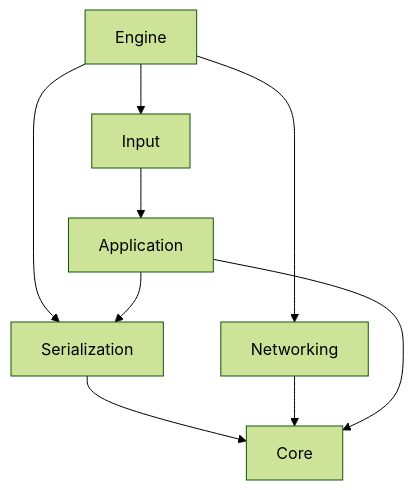
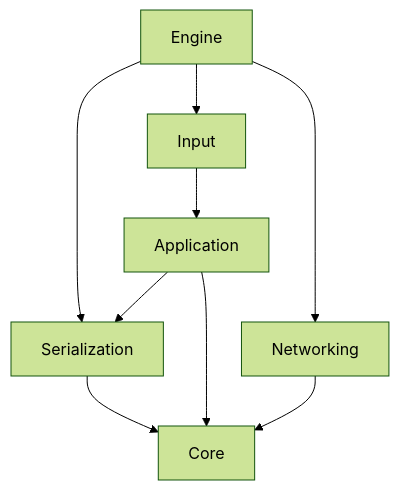
The diagram in docs/source/modules/index.md (JonatanNevo/portal-framework), drawn with Mermaid (forest theme) before and after one commit. The commit also changed other lines of this file and 60 other files, not shown here.

````diff
--- a/docs/source/modules/index.md
+++ b/docs/source/modules/index.md
@@ -9,12 +21,12 @@
 ```{mermaid}
 
 flowchart TD
     Engine --> Input
     Engine --> Networking
     Engine --> Serialization
     Input --> Application
     Serialization --> Core
-    Networking --> Core
     Application --> Core
     Application --> Serialization
+    Networking --> Core
 ```
````
